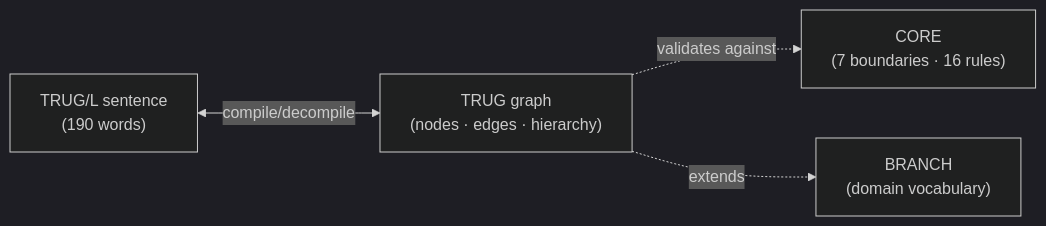
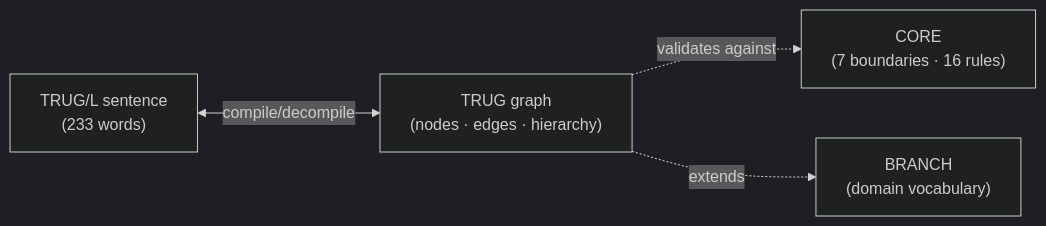
The diagram in README.md (TRUGS-LLC/TRUGS), drawn with Mermaid (dark theme) before and after one commit. The commit also changed other lines of this file and 47 other files, not shown here.

````diff
--- a/README.md
+++ b/README.md
@@ -21,6 +21,6 @@
 ```mermaid
 flowchart LR
-    S["TRUG/L sentence<br/>(190 words)"] <-->|compile/decompile| G["TRUG graph<br/>(nodes · edges · hierarchy)"]
+    S["TRUG/L sentence<br/>(233 words)"] <-->|compile/decompile| G["TRUG graph<br/>(nodes · edges · hierarchy)"]
     G -.validates against.-> C["CORE<br/>(7 boundaries · 16 rules)"]
     G -.extends.-> B["BRANCH<br/>(domain vocabulary)"]
 ```
````
